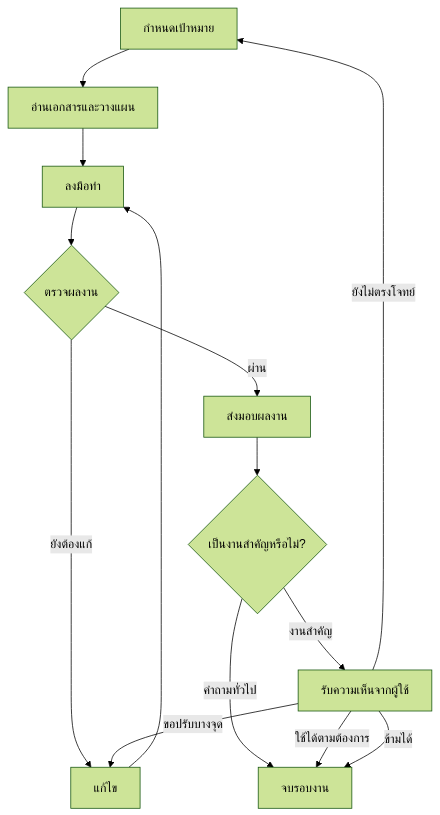
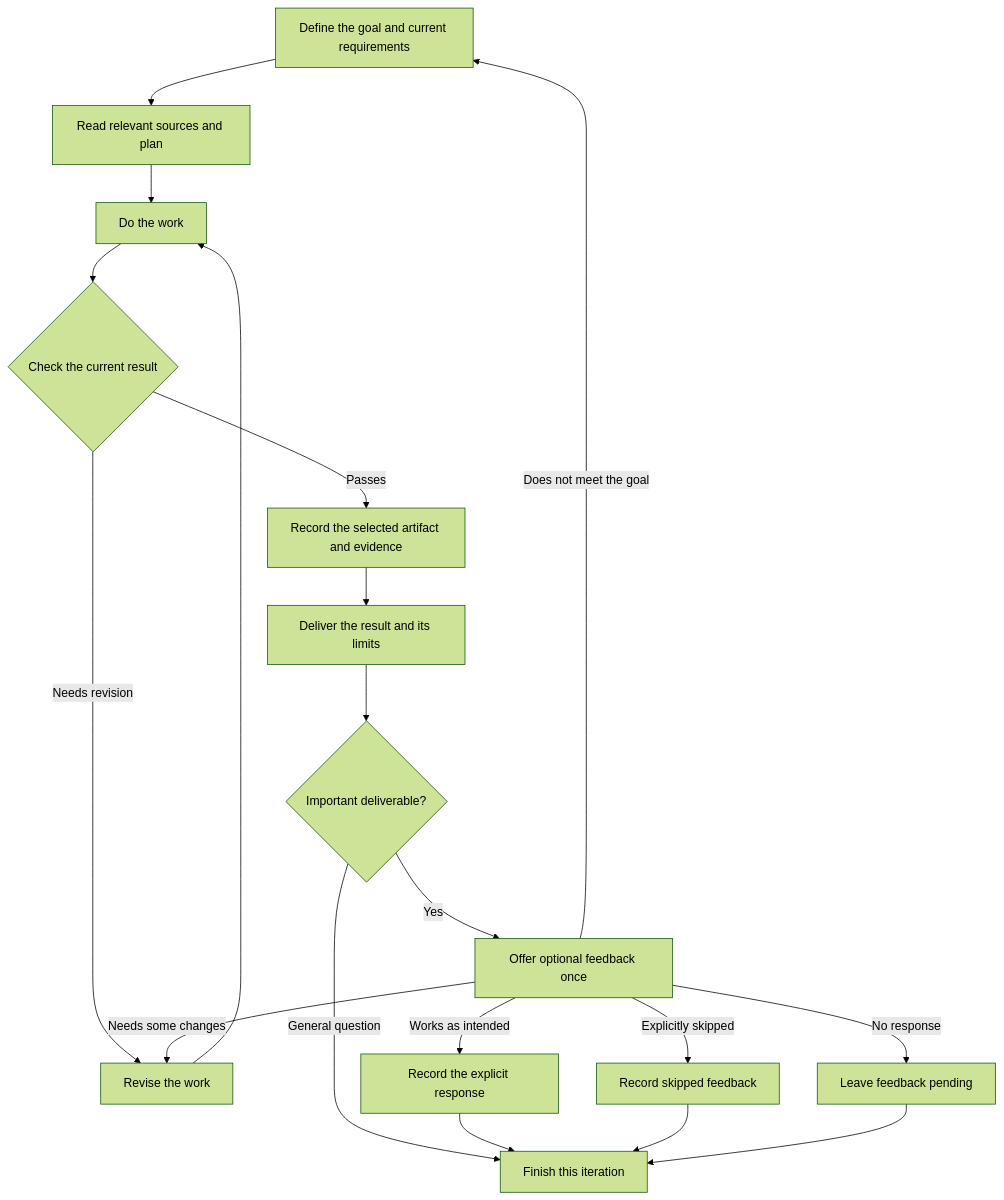
The diagram in README.md (panithan1991/ai-assisted-workflow), drawn with Mermaid (forest theme) before and after one commit. The commit also changed other lines of this file and 23 other files, not shown here.

````diff
--- a/README.md
+++ b/README.md
@@ -22,16 +22,21 @@
 ```mermaid
 flowchart TD
-    A["กำหนดเป้าหมาย"] --> B["อ่านเอกสารและวางแผน"]
-    B --> C["ลงมือทำ"]
-    C --> D{"ตรวจผลงาน"}
-    D -->|"ยังต้องแก้"| E["แก้ไข"]
+    A["Define the goal and current requirements"] --> B["Read relevant sources and plan"]
+    B --> C["Do the work"]
+    C --> D{"Check the current result"}
+    D -->|"Needs revision"| E["Revise the work"]
     E --> C
-    D -->|"ผ่าน"| F["ส่งมอบผลงาน"]
-    F --> G{"เป็นงานสำคัญหรือไม่?"}
-    G -->|"คำถามทั่วไป"| H["จบรอบงาน"]
-    G -->|"งานสำคัญ"| I["รับความเห็นจากผู้ใช้"]
-    I -->|"ใช้ได้ตามต้องการ"| H
-    I -->|"ขอปรับบางจุด"| E
-    I -->|"ยังไม่ตรงโจทย์"| A
-    I -->|"ข้ามได้"| H
+    D -->|"Passes"| F["Record the selected artifact and evidence"]
+    F --> G["Deliver the result and its limits"]
+    G --> H{"Important deliverable?"}
+    H -->|"General question"| I["Finish this iteration"]
+    H -->|"Yes"| J["Offer optional feedback once"]
+    J -->|"Works as intended"| K["Record the explicit response"]
+    K --> I
+    J -->|"Needs some changes"| E
+    J -->|"Does not meet the goal"| A
+    J -->|"Explicitly skipped"| L["Record skipped feedback"]
+    L --> I
+    J -->|"No response"| M["Leave feedback pending"]
+    M --> I
 ```
````
